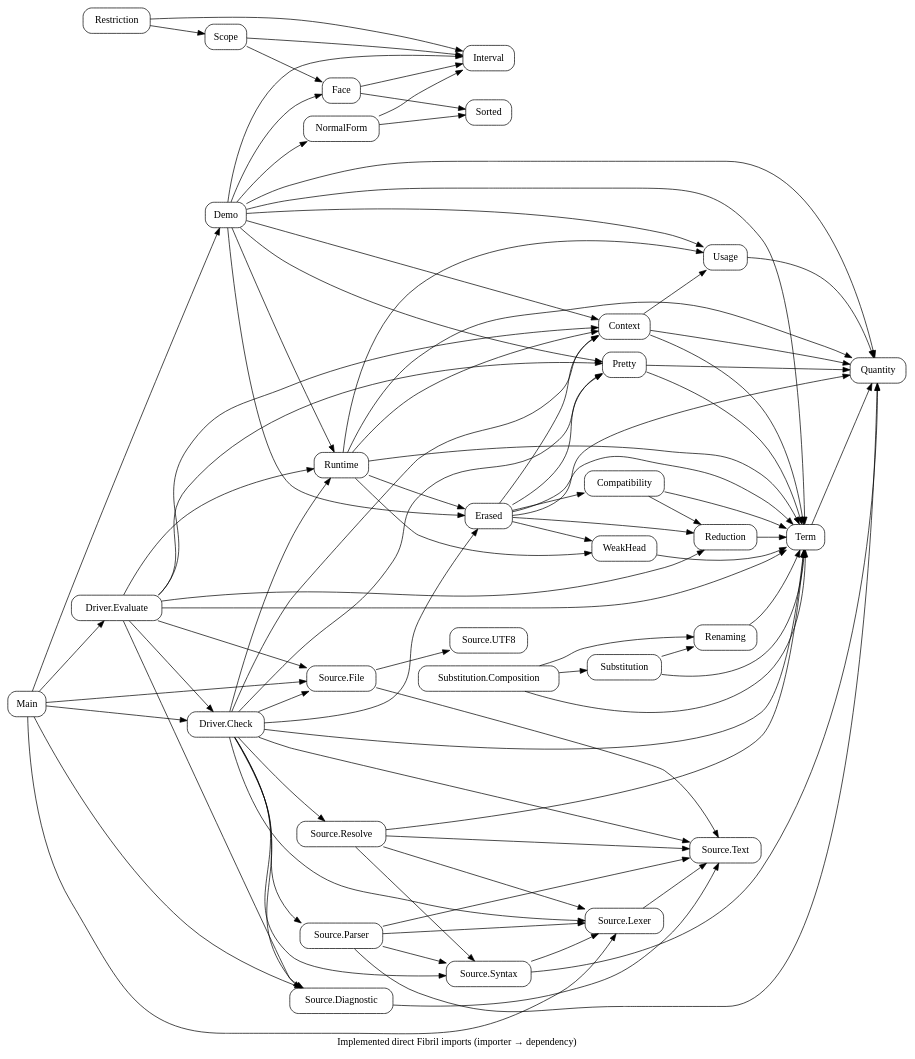
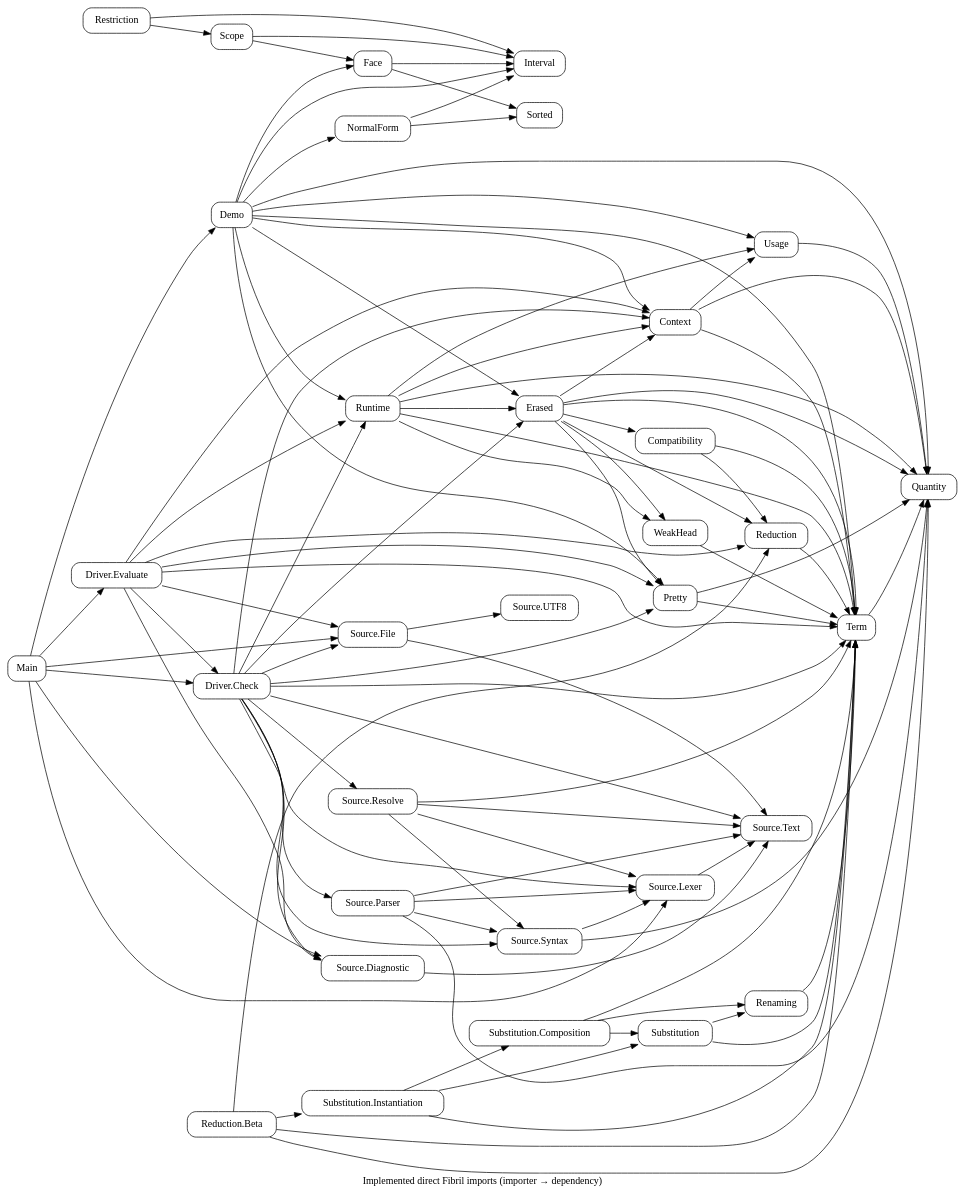
Before and after one commit to odunboye/fibril: the diagram in docs/diagrams/modules.dot, drawn with Graphviz. The commit also changed 17 other files, not shown here.

Commit message:
Prove instantiation naturality and actual root beta-step compatibility

```diff
--- a/docs/diagrams/modules.dot
+++ b/docs/diagrams/modules.dot
@@ -1,28 +1,30 @@
 digraph Modules {
 rankdir=LR; node [shape=box,style=rounded];
 "Source.File" -> {"Source.UTF8" "Source.Text"};
 Main -> {"Source.File" "Source.Lexer" "Source.Diagnostic"};
 "Source.Diagnostic" -> "Source.Text";
 "Source.Lexer" -> "Source.Text";
 "Source.Syntax" -> {Quantity "Source.Lexer"};
 "Source.Parser" -> {Quantity "Source.Text" "Source.Lexer" "Source.Syntax"};
 "Source.Resolve" -> {Term "Source.Text" "Source.Lexer" "Source.Syntax"};
 "Driver.Check" -> {"Source.Text" "Source.Lexer" "Source.Syntax" "Source.Parser" "Source.Resolve" "Source.File" "Source.Diagnostic" Term Context Pretty Erased Runtime};
 Main -> {"Driver.Check" "Driver.Evaluate"};
 "Driver.Evaluate" -> {Context Term Pretty Reduction Runtime "Source.File" "Source.Diagnostic" "Driver.Check"};
 Quantity; Interval; NormalForm; Face; Scope; Restriction; Term;
 NormalForm -> {Interval Sorted}; Face -> {Interval Sorted};
 Scope -> {Interval Face}; Restriction -> {Interval Scope};
 Demo -> {Quantity Term Context Usage Pretty Erased Runtime Interval NormalForm Face};
 Main -> Demo;
 Pretty -> {Quantity Term};
 Term -> Quantity; Usage -> Quantity; Context -> {Quantity Term Usage};
 Reduction -> Term; WeakHead -> Term;
 Compatibility -> {Term Reduction};
 Renaming -> Term;
 Substitution -> {Term Renaming};
 "Substitution.Composition" -> {Term Renaming Substitution};
+"Substitution.Instantiation" -> {Term Substitution "Substitution.Composition"};
+"Reduction.Beta" -> {Quantity Term Reduction "Substitution.Instantiation"};
 Erased -> {Quantity Term Pretty Context Compatibility WeakHead Reduction};
 Runtime -> {Quantity Term Context Usage WeakHead Erased};
 label="Implemented direct Fibril imports (importer → dependency)";
 }
```
